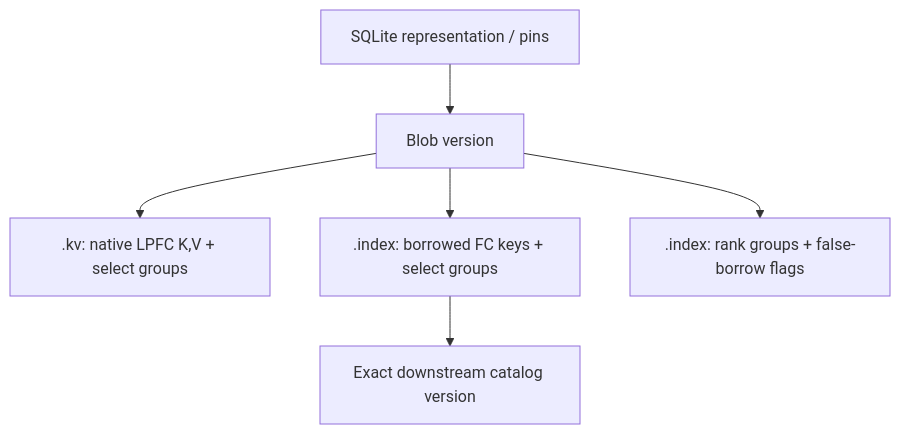
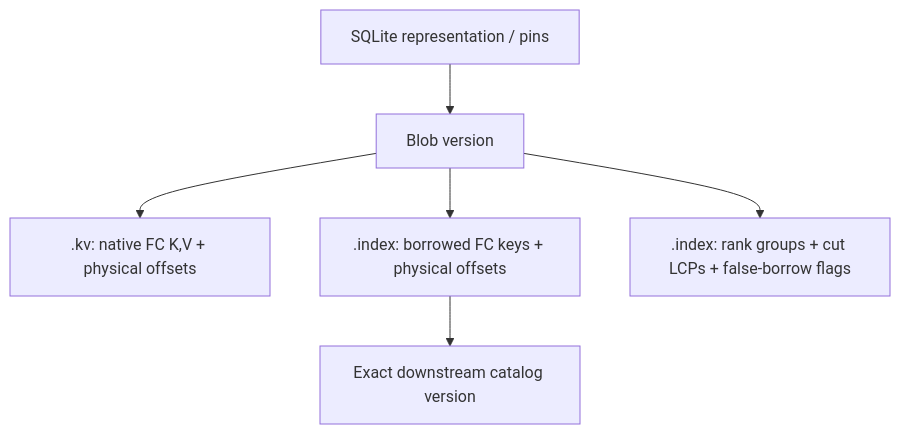
The diagram in docs/design.md (ekmett/everett), drawn with Mermaid before and after one commit. The commit also changed other lines of this file and 4 other files, not shown here.

````diff
--- a/docs/design.md
+++ b/docs/design.md
@@ -101,8 +103,8 @@
 ```mermaid
 flowchart TD
   M["SQLite representation / pins"] --> B["Blob version"]
-  B --> A[".kv: native LPFC K,V + select groups"]
-  B --> S[".index: borrowed FC keys + select groups"]
-  B --> R[".index: rank groups + false-borrow flags"]
+  B --> A[".kv: native FC K,V + physical offsets"]
+  B --> S[".index: borrowed FC keys + physical offsets"]
+  B --> R[".index: rank groups + cut LCPs + false-borrow flags"]
   S --> T["Exact downstream catalog version"]
 ```
````
